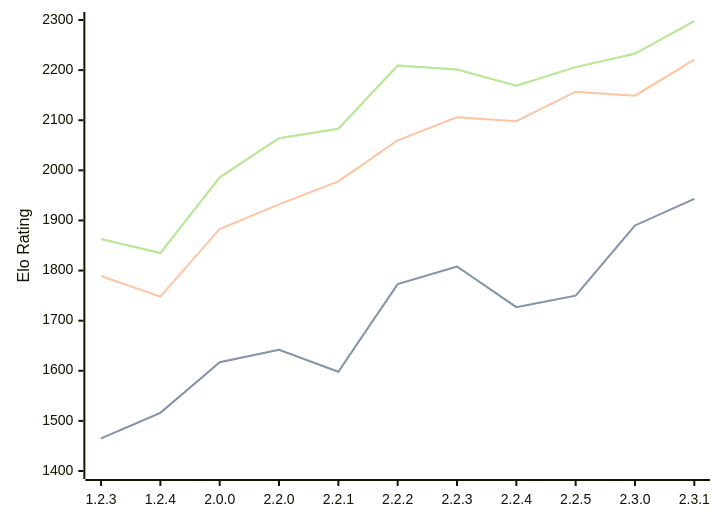
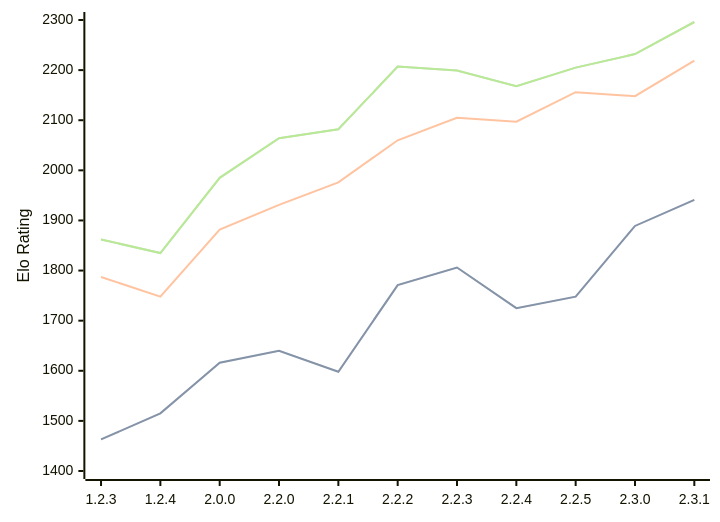
The first of 3 diagrams in engines/Kreveta.md (computer-chess-index/cci), drawn with Mermaid before and after one commit. The commit also changed other lines of this file, not shown here.

Commit message:
Update CCI Ratings (ELO VLTC) - 2026-06-26

````diff
--- a/engines/Kreveta.md
+++ b/engines/Kreveta.md
@@ -43,11 +43,11 @@
 ```mermaid
 %%{init: {"theme":"base","themeVariables":{"seriesColors:['#a3a3a3','#222221','#faa371']}}}%%
 xychart-beta
   x-axis ["1.2.3", "1.2.4", "2.0.0", "2.2.0", "2.2.1", "2.2.2", "2.2.3", "2.2.4", "2.2.5", "2.3.0", "2.3.1"]
   y-axis "Elo Rating" 1400 --> 2300
-  line "STC (8.0+0.08s)" [1465, 1516, 1617, 1642, 1598, 1773, 1808, 1727, 1750, 1890, 1943]
-  line "STC (8.0+0.08s)" [1465, 1516, 1617, 1642, 1598, 1773, 1808, 1727, 1750, 1890, 1943]
-  line "LTC (60.0+0.60s)" [1789, 1748, 1883, 1932, 1978, 2060, 2106, 2098, 2157, 2149, 2221]
-  line "VLTC (2m24s+1.12s)" [1863, 1835, 1986, 2064, 2083, 2209, 2201, 2169, 2206, 2233, 2298]
-  line "VLTC (2m24s+1.12s)" [1863, 1835, 1986, 2064, 2083, 2209, 2201, 2169, 2206, 2233, 2298]
+  line "STC (8.0+0.08s)" [1463, 1515, 1616, 1640, 1598, 1771, 1806, 1725, 1748, 1889, 1941]
+  line "STC (8.0+0.08s)" [1463, 1515, 1616, 1640, 1598, 1771, 1806, 1725, 1748, 1889, 1941]
+  line "LTC (60.0+0.60s)" [1787, 1748, 1882, 1931, 1976, 2060, 2105, 2097, 2156, 2148, 2219]
+  line "VLTC (2m24s+1.12s)" [1862, 1835, 1985, 2064, 2082, 2207, 2199, 2168, 2205, 2232, 2296]
+  line "VLTC (2m24s+1.12s)" [1862, 1835, 1985, 2064, 2082, 2207, 2199, 2168, 2205, 2232, 2296]
 ```
````
